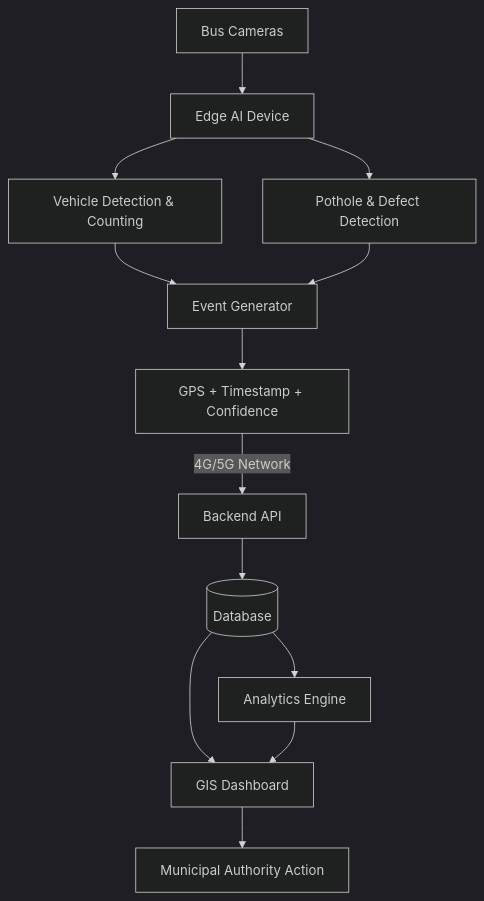
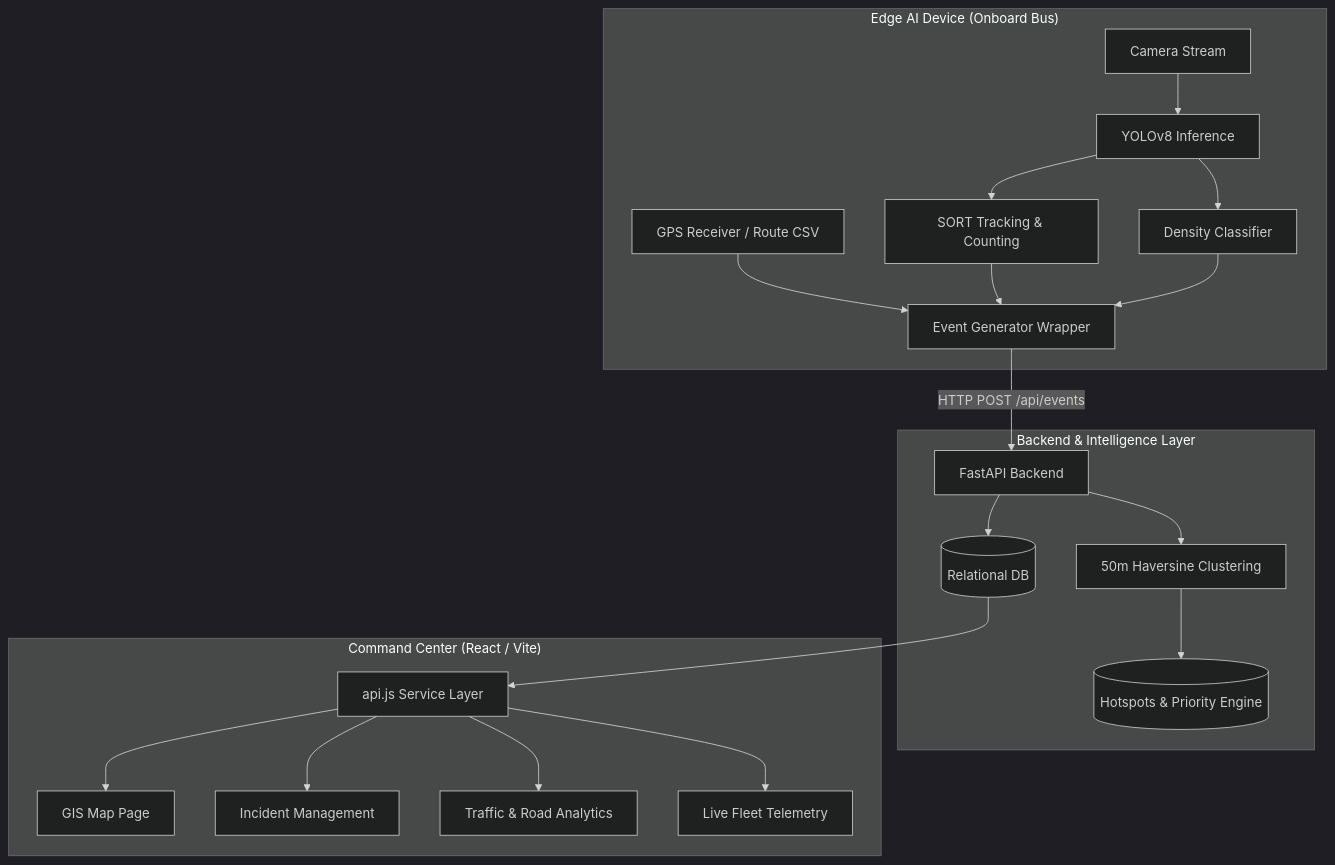
Before and after one commit to amulyaverse/AI-Powered-Mobile-Urban-Intelligence: the diagram in README.md, drawn with Mermaid (dark theme). The commit also changed other lines of this file and 5 other files, not shown here.

````diff
--- a/README.md
+++ b/README.md
@@ -167,15 +85,27 @@
 ```mermaid
 flowchart TD
-    A[Bus Cameras] --> B[Edge AI Device]
-    B --> C[Vehicle Detection & Counting]
-    B --> D[Pothole & Defect Detection]
-    C --> E[Event Generator]
-    D --> E
-    E --> F[GPS + Timestamp + Confidence]
-    F -->|4G/5G Network| G[Backend API]
-    G --> H[(Database)]
-    H --> I[GIS Dashboard]
-    H --> J[Analytics Engine]
-    J --> I
-    I --> K[Municipal Authority Action]
+    subgraph EdgeDevice ["Edge AI Device (Onboard Bus)"]
+        Cam[Camera Stream] --> AI[YOLOv8 Inference]
+        AI --> Count[SORT Tracking & Counting]
+        AI --> Density[Density Classifier]
+        GPS[GPS Receiver / Route CSV] --> Gen[Event Generator Wrapper]
+        Count --> Gen
+        Density --> Gen
+    end
+
+    Gen -->|HTTP POST /api/events| API[FastAPI Backend]
+
+    subgraph BackendCore ["Backend & Intelligence Layer"]
+        API --> DB[(Relational DB)]
+        API --> Cluster[50m Haversine Clustering]
+        Cluster --> Hotspots[(Hotspots & Priority Engine)]
+    end
+
+    subgraph FrontendApp ["Command Center (React / Vite)"]
+        DB --> Gateway[api.js Service Layer]
+        Gateway --> GIS[GIS Map Page]
+        Gateway --> Events[Incident Management]
+        Gateway --> Analytics[Traffic & Road Analytics]
+        Gateway --> Live[Live Fleet Telemetry]
+    end
 ```
````
